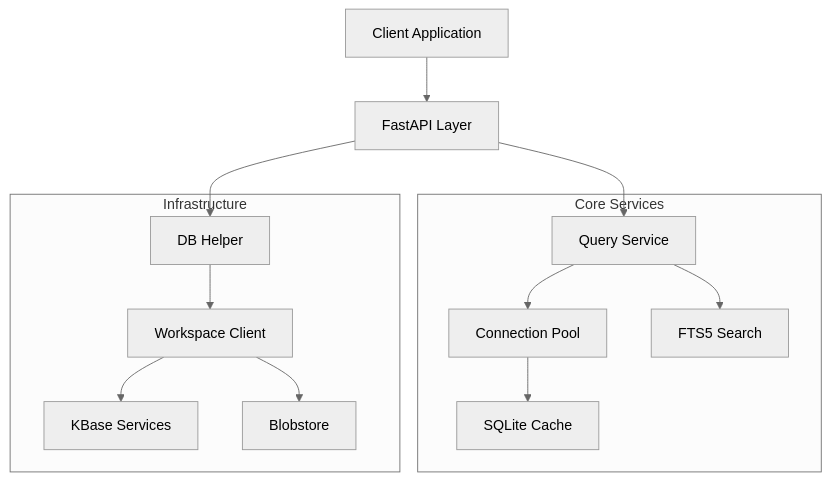
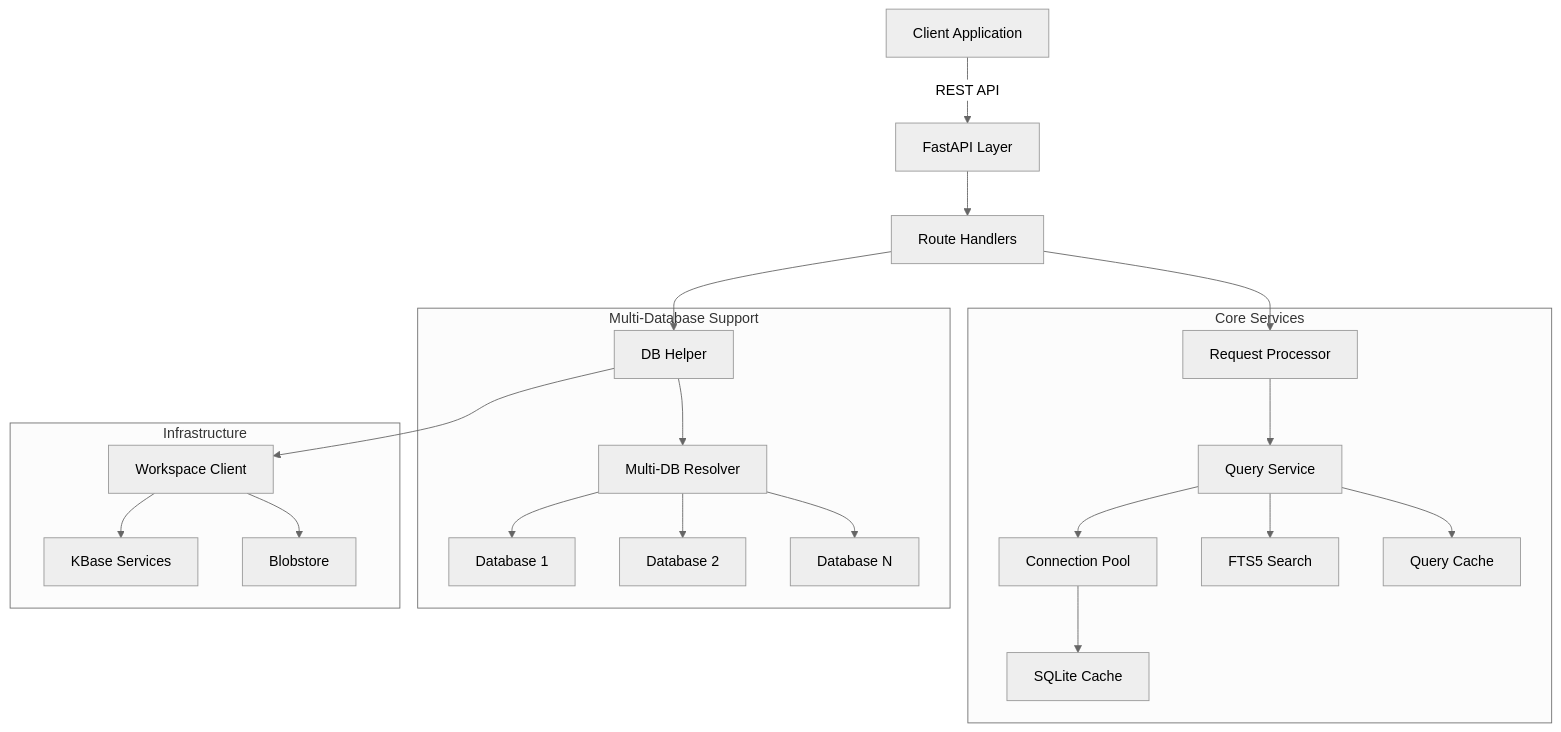
One commit to kbase/tablescanner changed the diagram in docs/ARCHITECTURE.md. Above: the diagram before and after it, drawn with Mermaid (neutral theme). The commit also changed other lines of this file and 7 other files, not shown here.

First line of the commit message:
docs: complete rewrite of all documentation for v2.1 multi-database support

````diff
--- a/docs/ARCHITECTURE.md
+++ b/docs/ARCHITECTURE.md
@@ -8,18 +11,28 @@
 ```mermaid
 graph TD
-    Client[Client Application] --> API[FastAPI Layer]
-    API --> Service[Query Service]
-    API --> DBHelper[DB Helper]
+    Client[Client Application] -->|REST API| API[FastAPI Layer]
+    API --> Routes[Route Handlers]
+    Routes --> DBHelper[DB Helper]
+    Routes --> RequestProc[Request Processor]
     
-    subgraph Core Services
-        Service --> Pool[Connection Pool]
+    subgraph "Core Services"
+        RequestProc --> QueryService[Query Service]
+        QueryService --> Pool[Connection Pool]
         Pool --> SQLite[SQLite Cache]
-        Service --> FTS[FTS5 Search]
+        QueryService --> FTS[FTS5 Search]
+        QueryService --> Cache[Query Cache]
     end
     
-    subgraph Infrastructure
+    subgraph "Multi-Database Support"
+        DBHelper --> MultiDB[Multi-DB Resolver]
+        MultiDB --> DB1[Database 1]
+        MultiDB --> DB2[Database 2]
+        MultiDB --> DBN[Database N]
+    end
+    
+    subgraph "Infrastructure"
         DBHelper --> WS[Workspace Client]
         WS --> KBase[KBase Services]
         WS --> Blob[Blobstore]
     end
 ```
````
